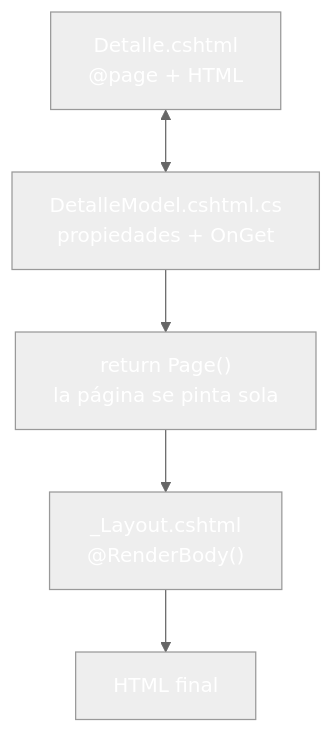
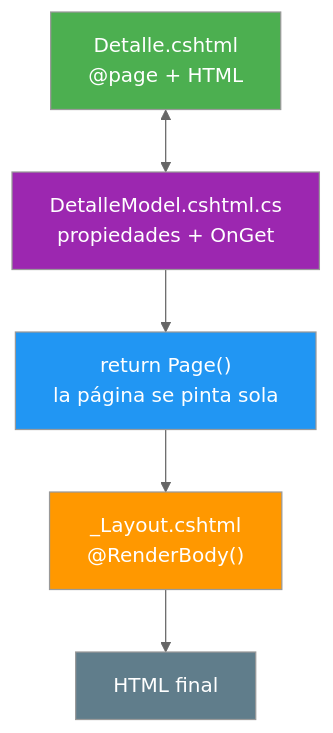
Before and after one commit to joseluisgs/DesarrolloWebEntornosServidor-03-2026-2027: the fourth of 4 diagrams in 10-razorpages-fundamentos.md, drawn with Mermaid (neutral theme). The commit also changed other lines of this file and 25 other files, not shown here.

Commit message:
docs: corregir los estilos Mermaid de los temas y alinear el dominio del tema 25 con ProductosApp

````diff
--- a/10-razorpages-fundamentos.md
+++ b/10-razorpages-fundamentos.md
@@ -319,12 +319,12 @@
 ```mermaid
 graph TD
     V["Detalle.cshtml<br/>@page + HTML"] <--> M["DetalleModel.cshtml.cs<br/>propiedades + OnGet"]
     M --> R["return Page()<br/>la página se pinta sola"]
     R --> L["_Layout.cshtml<br/>@RenderBody()"]
     L --> H["HTML final"]
-    style V fill:#4CAF5,color:#fff0,color:#fff
-    style M fill:#9C27B,color:#fff0,color:#fff
-    style R fill:#2196F,color:#fff3,color:#fff
-    style L fill:#FF980,color:#fff0,color:#fff
-    style H fill:#607D8,color:#fffB,color:#fff
+    style V fill:#4CAF50,color:#fff
+    style M fill:#9C27B0,color:#fff
+    style R fill:#2196F3,color:#fff
+    style L fill:#FF9800,color:#fff
+    style H fill:#607D8B,color:#fff
 ```
````
